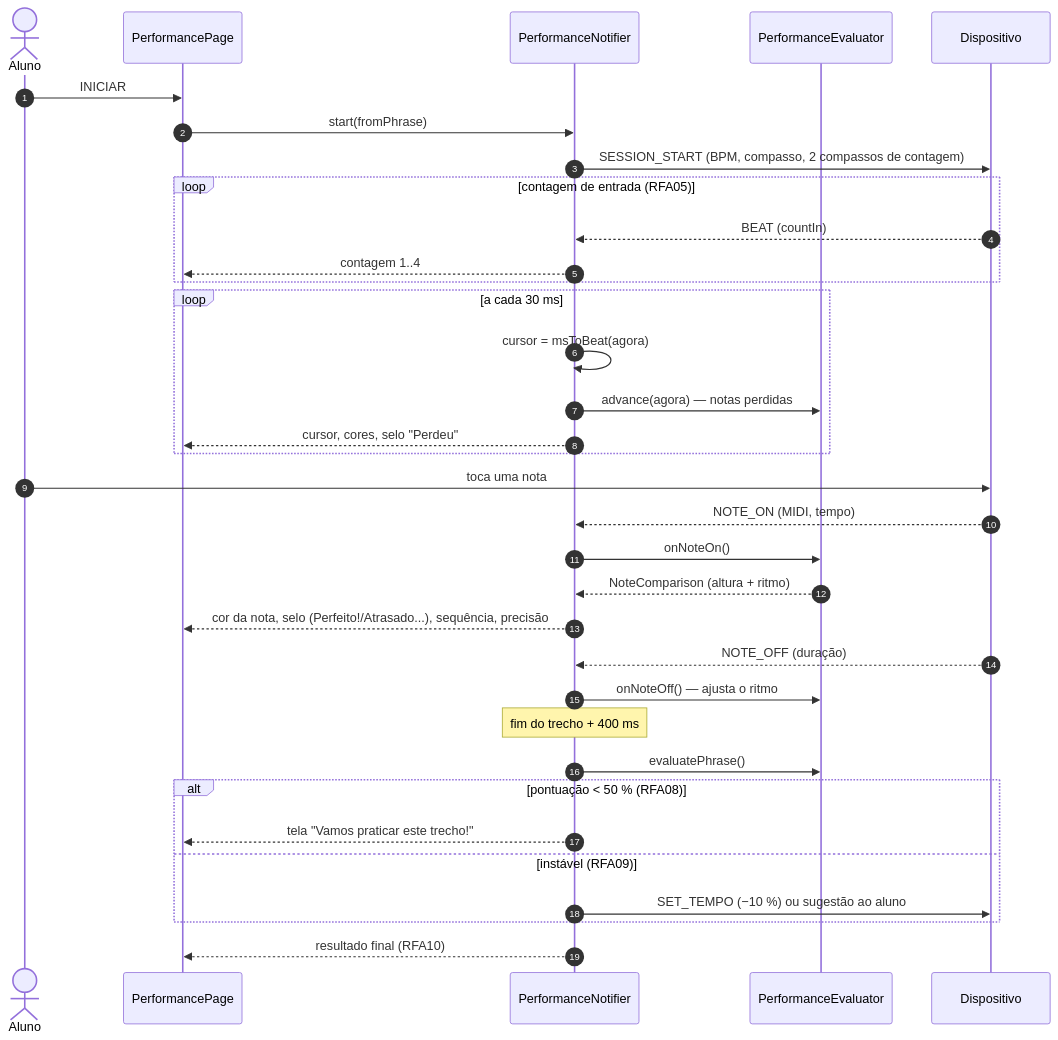
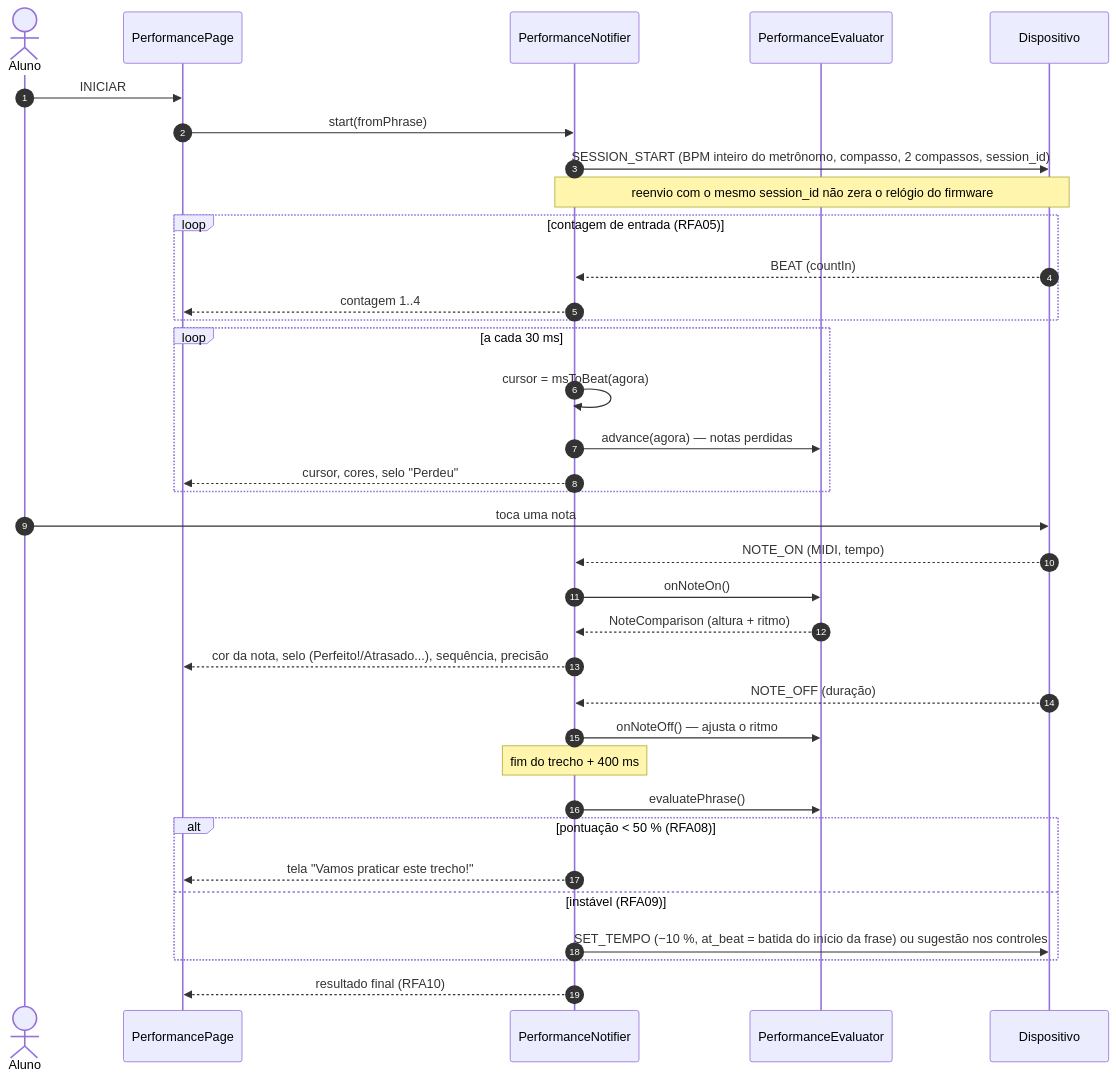
Before and after one commit to noggyamamoto/Flutter_App: the eighth of 11 diagrams in README.md, drawn with Mermaid. The commit also changed other lines of this file and 17 other files, not shown here.

````diff
--- a/README.md
+++ b/README.md
@@ -535,37 +535,38 @@
 ```mermaid
 sequenceDiagram
     autonumber
     actor Aluno
     participant UI as PerformancePage
     participant N as PerformanceNotifier
     participant Ev as PerformanceEvaluator
     participant Dev as Dispositivo
 
     Aluno->>UI: INICIAR
     UI->>N: start(fromPhrase)
-    N->>Dev: SESSION_START (BPM, compasso, 2 compassos de contagem)
+    N->>Dev: SESSION_START (BPM inteiro do metrônomo, compasso, 2 compassos, session_id)
+    Note over N,Dev: reenvio com o mesmo session_id não zera o relógio do firmware
     loop contagem de entrada (RFA05)
         Dev-->>N: BEAT (countIn)
         N-->>UI: contagem 1..4
     end
     loop a cada 30 ms
         N->>N: cursor = msToBeat(agora)
         N->>Ev: advance(agora) — notas perdidas
         N-->>UI: cursor, cores, selo "Perdeu"
     end
     Aluno->>Dev: toca uma nota
     Dev-->>N: NOTE_ON (MIDI, tempo)
     N->>Ev: onNoteOn()
     Ev-->>N: NoteComparison (altura + ritmo)
     N-->>UI: cor da nota, selo (Perfeito!/Atrasado...), sequência, precisão
     Dev-->>N: NOTE_OFF (duração)
     N->>Ev: onNoteOff() — ajusta o ritmo
     Note over N: fim do trecho + 400 ms
     N->>Ev: evaluatePhrase()
     alt pontuação < 50 % (RFA08)
         N-->>UI: tela "Vamos praticar este trecho!"
     else instável (RFA09)
-        N->>Dev: SET_TEMPO (−10 %) ou sugestão ao aluno
+        N->>Dev: SET_TEMPO (−10 %, at_beat = batida do início da frase) ou sugestão nos controles
     end
     N-->>UI: resultado final (RFA10)
 ```
````
